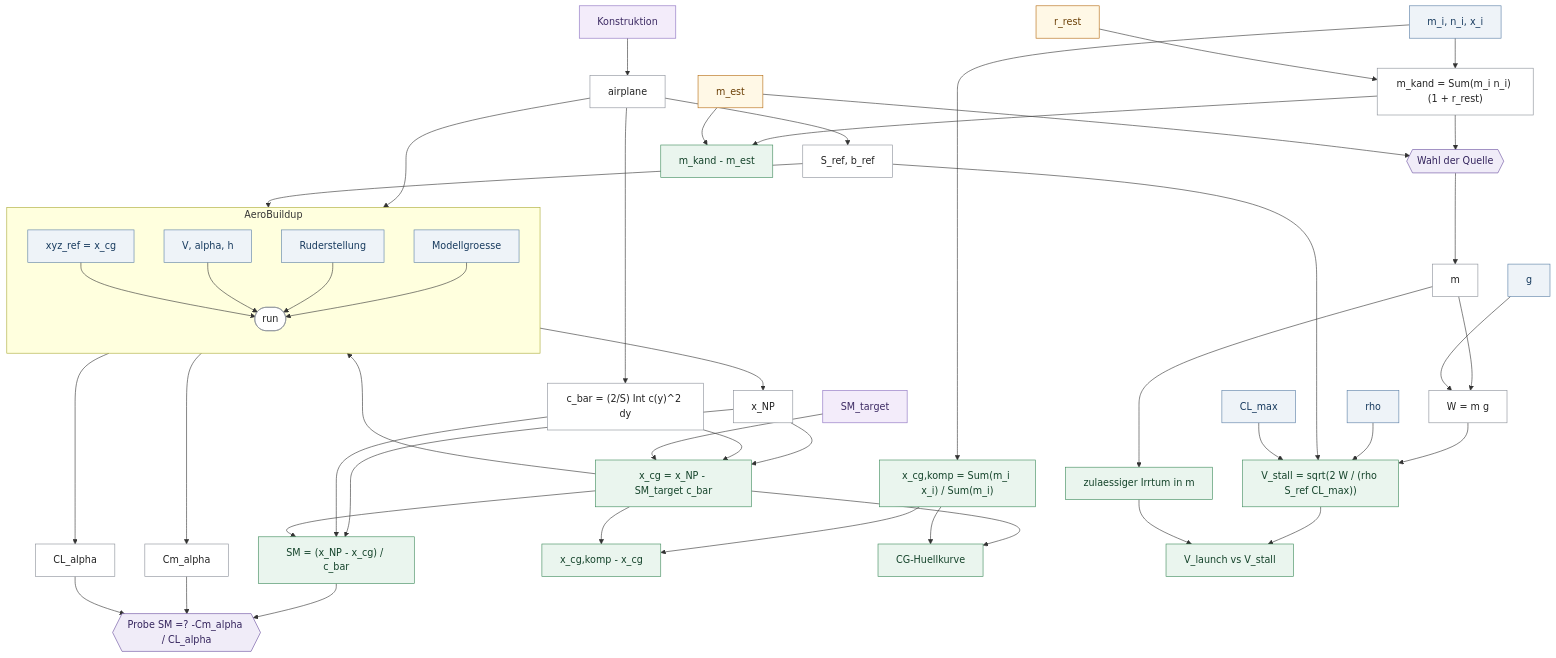
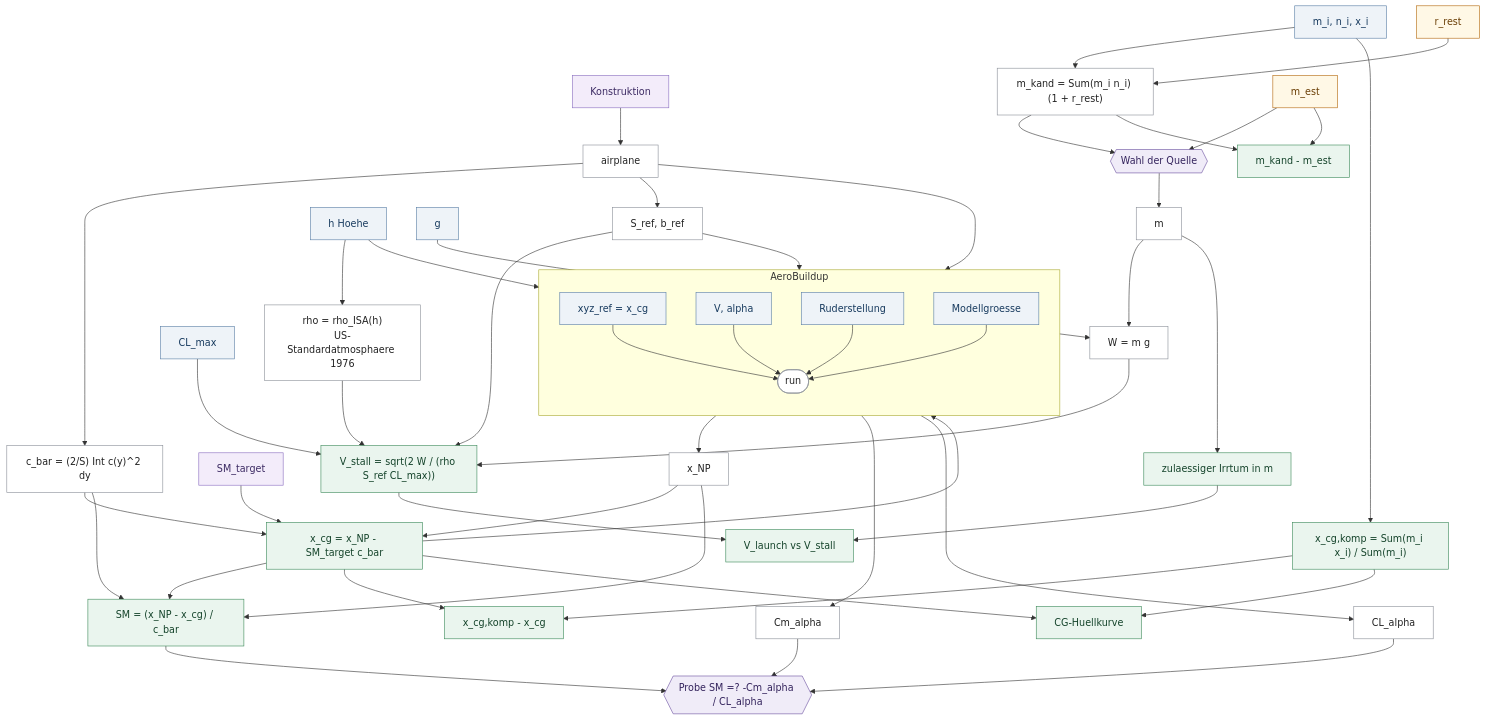
Before and after one commit to szymansk/da3Dalus: the second of 2 diagrams in _reversa_sdd/calculations/canon/PFAD3.md, drawn with Mermaid. The commit also changed other lines of this file and 1 other file, not shown here.

Commit message:
docs(spec): rho follows from the altitude, it is not an input
The maintainer's correction, and it exposed an inconsistency in the
drawing: rho was an input while the altitude sat inside the solver's
operating point, so the solver would take its density from h and V_stall
from a separately supplied value. Two authorities for one quantity —
exactly the shape the canon exists to find.

Now there is one altitude in the graph and it feeds both: the solver's
atmosphere and the density in the stall speed, through
rho = rho_ISA(h).

Obvious in the target state and not in the actual one: today the solver
does get its density from the altitude handed to it while the V-n curve
computes with the literal 1.225. Added to the difference table.

Claude-Session: https://claude.ai/code/session_01Mi6hrNvR7cmwACXYAoStnv

```diff
--- a/_reversa_sdd/calculations/canon/PFAD3.md
+++ b/_reversa_sdd/calculations/canon/PFAD3.md
@@ -437,7 +437,8 @@
 
   SMT["SM_target"]:::choice
   CLMAX["CL_max"]:::inp
-  RHO["rho"]:::inp
+  HOEHE["h  Hoehe"]:::inp
+  ATM["rho = rho_ISA(h)<br/>US-Standardatmosphaere 1976"]:::drv
   GRAV["g"]:::inp
 
   KOMP["m_i, n_i, x_i"]:::inp
@@ -451,7 +452,7 @@
   subgraph SOLVER["AeroBuildup"]
     direction TB
     XYZ["xyz_ref = x_cg"]:::inp
-    OP["V, alpha, h"]:::inp
+    OP["V, alpha"]:::inp
     CTRL["Ruderstellung"]:::inp
     FID["Modellgroesse"]:::inp
     RUN(["run"]):::drv
@@ -513,8 +514,10 @@
   CGK --> DIVC
   CGD --> DIVC
 
+  HOEHE --> ATM
+  HOEHE --> RUN
   W --> VS
-  RHO --> VS
+  ATM --> VS
   SREF --> VS
   CLMAX --> VS
   VS --> HAND
```
